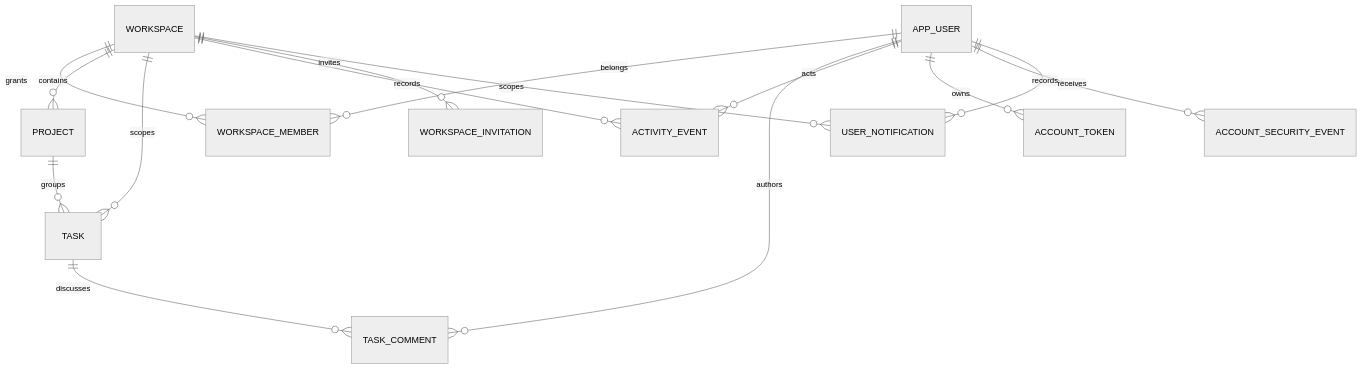
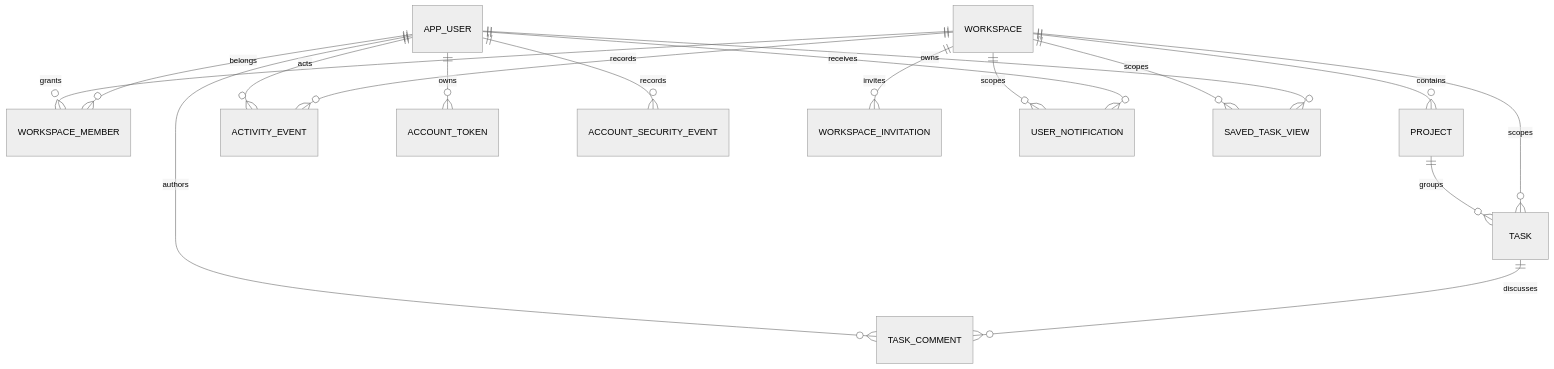
One commit to jon-jc/Orbit changed the second of 2 diagrams in docs/ARCHITECTURE.md. Above: the diagram before and after it, drawn with Mermaid (neutral theme). The commit also changed other lines of this file and 30 other files, not shown here.

````diff
--- a/docs/ARCHITECTURE.md
+++ b/docs/ARCHITECTURE.md
@@ -31,17 +31,19 @@
 ```mermaid
 erDiagram
     APP_USER ||--o{ WORKSPACE_MEMBER : belongs
     WORKSPACE ||--o{ WORKSPACE_MEMBER : grants
     WORKSPACE ||--o{ PROJECT : contains
     WORKSPACE ||--o{ TASK : scopes
     PROJECT ||--o{ TASK : groups
     TASK ||--o{ TASK_COMMENT : discusses
     WORKSPACE ||--o{ ACTIVITY_EVENT : records
     APP_USER ||--o{ TASK_COMMENT : authors
     APP_USER ||--o{ ACTIVITY_EVENT : acts
     APP_USER ||--o{ ACCOUNT_TOKEN : owns
     APP_USER ||--o{ ACCOUNT_SECURITY_EVENT : records
     WORKSPACE ||--o{ WORKSPACE_INVITATION : invites
     APP_USER ||--o{ USER_NOTIFICATION : receives
     WORKSPACE ||--o{ USER_NOTIFICATION : scopes
+    APP_USER ||--o{ SAVED_TASK_VIEW : owns
+    WORKSPACE ||--o{ SAVED_TASK_VIEW : scopes
 ```
````
